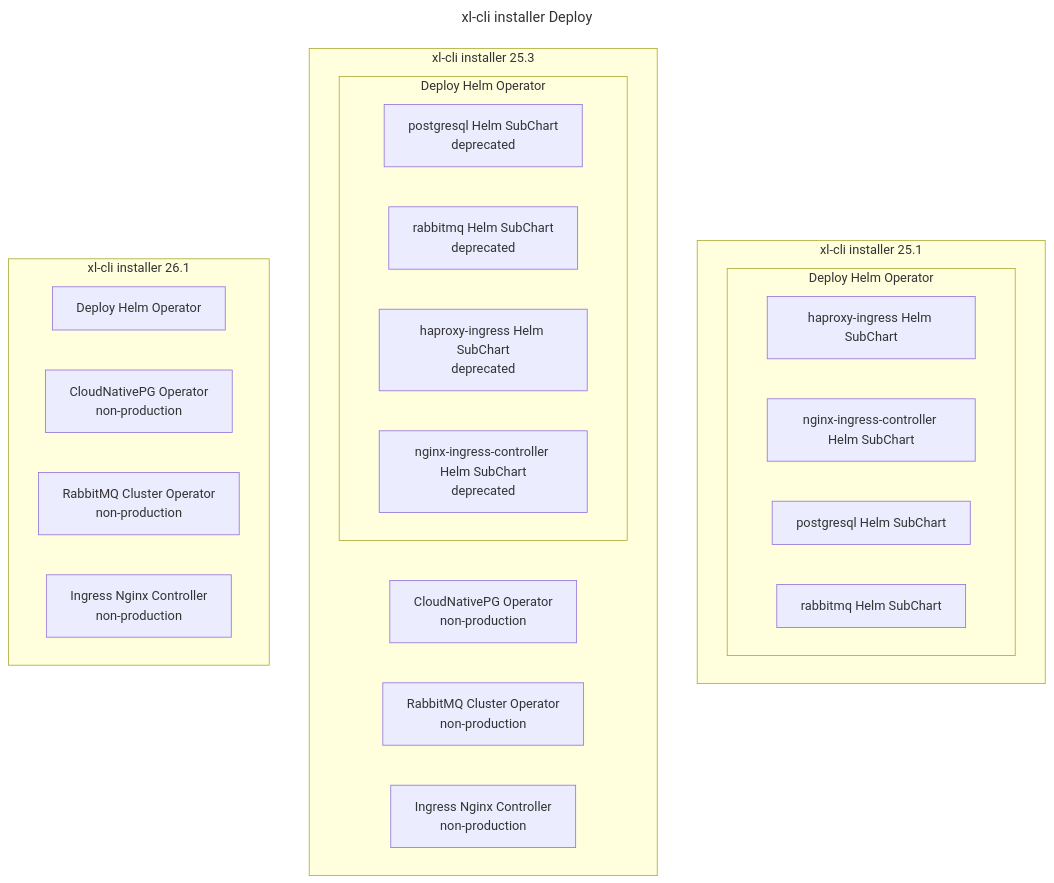
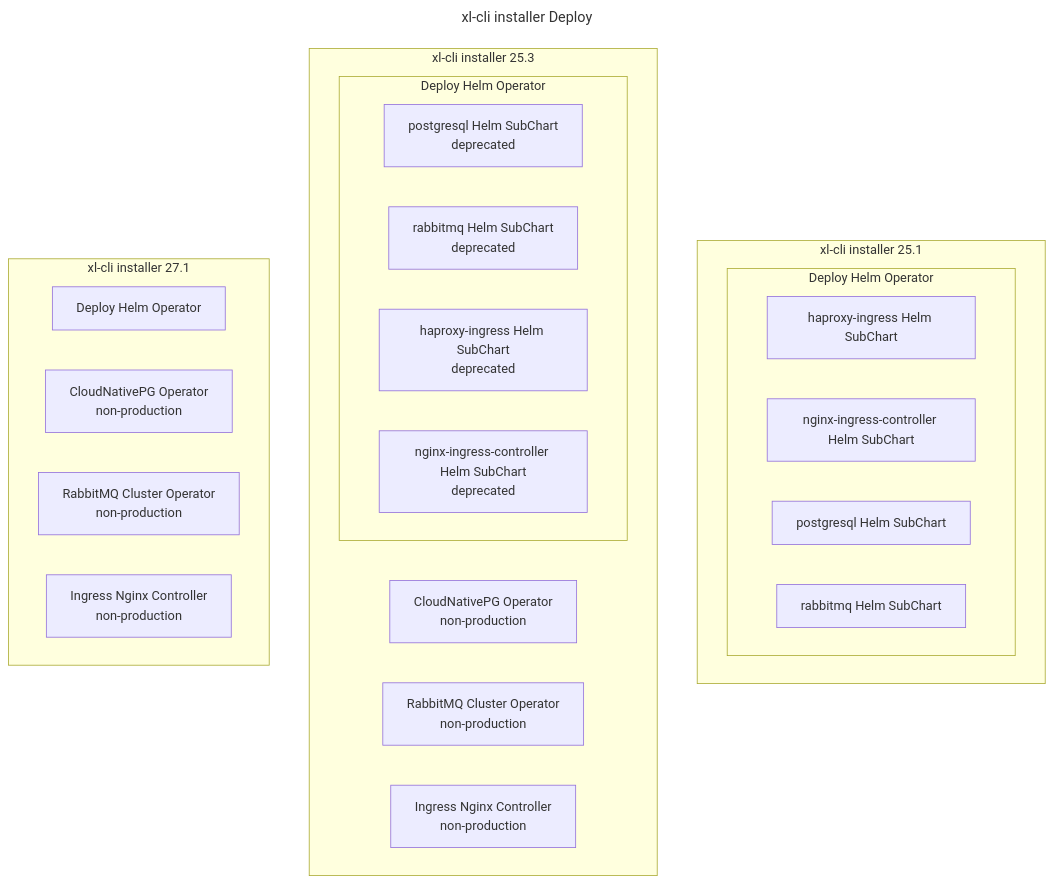
The second of 2 diagrams in README.md (digital-ai/kube-blueprints), drawn with Mermaid before and after one commit. The commit also changed other lines of this file and 9 other files, not shown here.

````diff
--- a/README.md
+++ b/README.md
@@ -48,40 +48,40 @@
 ```mermaid
 ---
 title: xl-cli installer Deploy
 ---
 graph TD
     subgraph "xl-cli installer 25.1"
         direction LR
         
         subgraph O1["Deploy Helm Operator"]
             direction LR
             C1[haproxy-ingress Helm SubChart]
             D1[nginx-ingress-controller Helm SubChart]
             E1[postgresql Helm SubChart]
             F1[rabbitmq Helm SubChart]
         end
     end
     subgraph "xl-cli installer 25.3"
         direction LR
 
         subgraph O2["Deploy Helm Operator"]
             direction LR
             E2[postgresql Helm SubChart\ndeprecated]
             F2[rabbitmq Helm SubChart\ndeprecated]
             C2[haproxy-ingress Helm SubChart\ndeprecated]
             D2[nginx-ingress-controller Helm SubChart\ndeprecated]
         end
 
         P2[CloudNativePG Operator\nnon-production]
         R2[RabbitMQ Cluster Operator\nnon-production]
         N2[Ingress Nginx Controller\nnon-production]
     end
-    subgraph "xl-cli installer 26.1"
+    subgraph "xl-cli installer 27.1"
         direction LR
         
         O3["Deploy Helm Operator"]
         P3[CloudNativePG Operator\nnon-production]
         R3[RabbitMQ Cluster Operator\nnon-production]
         N3["Ingress Nginx Controller\nnon-production"]
     end
 ```
````
